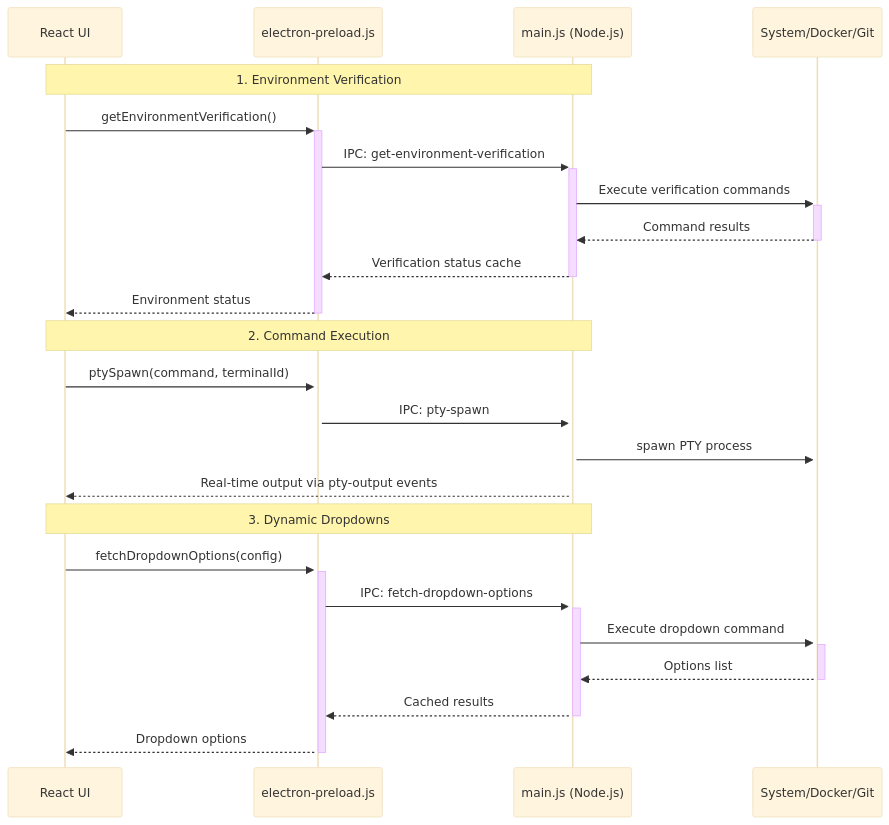
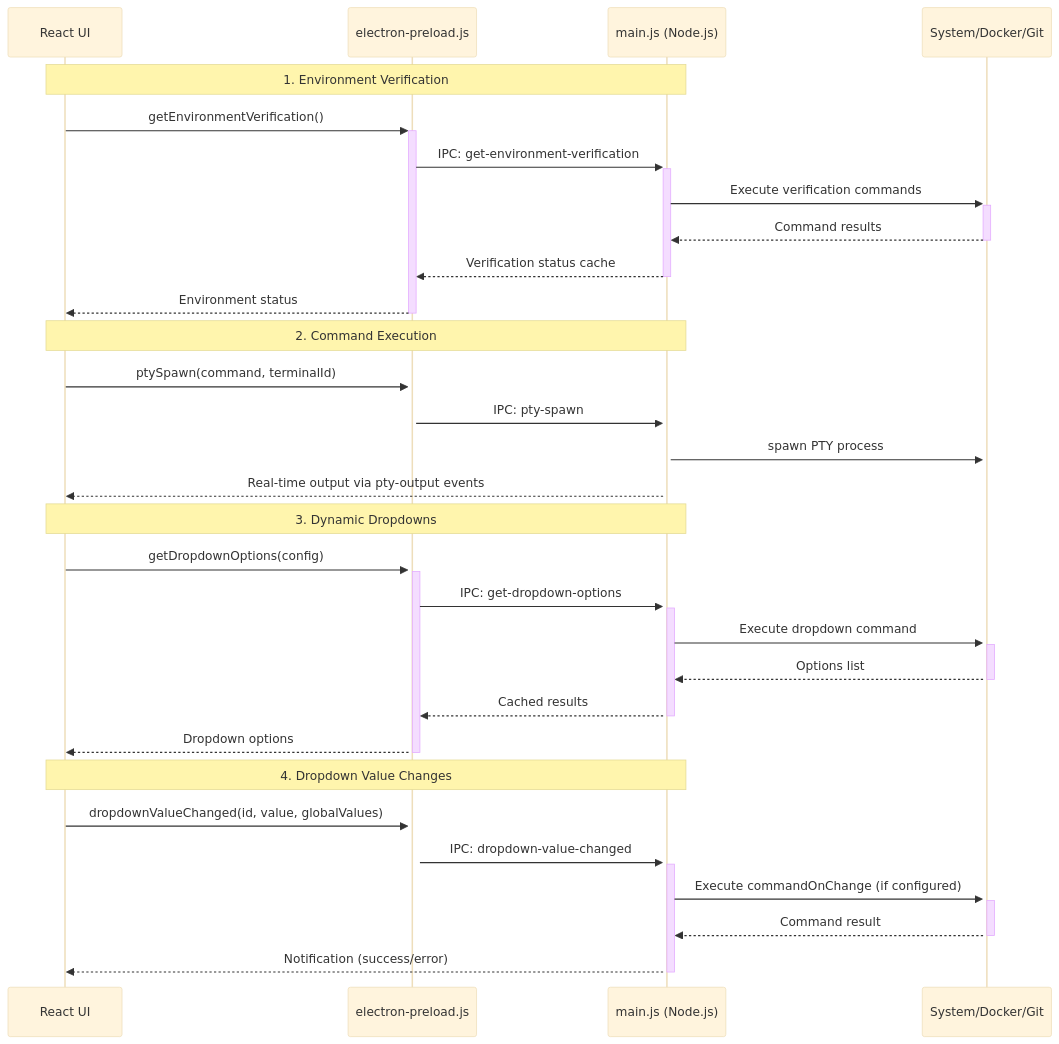
The third of 11 diagrams in docs/architecture.md (sagy101/ProjectName-Manager), drawn with Mermaid (base theme) before and after one commit. The commit also changed other lines of this file and 14 other files, not shown here.

````diff
--- a/docs/architecture.md
+++ b/docs/architecture.md
@@ -257,29 +259,36 @@
 ```mermaid
 sequenceDiagram
     participant UI as React UI
     participant Preload as electron-preload.js
     participant Main as main.js (Node.js)
     participant System as System/Docker/Git
     
     Note over UI,Main: 1. Environment Verification
     UI->>+Preload: getEnvironmentVerification()
     Preload->>+Main: IPC: get-environment-verification
     Main->>+System: Execute verification commands
     System-->>-Main: Command results
     Main-->>-Preload: Verification status cache
     Preload-->>-UI: Environment status
     
     Note over UI,Main: 2. Command Execution
     UI->>+Preload: ptySpawn(command, terminalId)
     Preload->>+Main: IPC: pty-spawn
     Main->>+System: spawn PTY process
     Main-->>UI: Real-time output via pty-output events
     
     Note over UI,Main: 3. Dynamic Dropdowns
-    UI->>+Preload: fetchDropdownOptions(config)
-    Preload->>+Main: IPC: fetch-dropdown-options
+    UI->>+Preload: getDropdownOptions(config)
+    Preload->>+Main: IPC: get-dropdown-options
     Main->>+System: Execute dropdown command
     System-->>-Main: Options list
     Main-->>-Preload: Cached results
     Preload-->>-UI: Dropdown options
+    
+    Note over UI,Main: 4. Dropdown Value Changes
+    UI->>+Preload: dropdownValueChanged(id, value, globalValues)
+    Preload->>+Main: IPC: dropdown-value-changed
+    Main->>+System: Execute commandOnChange (if configured)
+    System-->>-Main: Command result
+    Main-->>-UI: Notification (success/error)
 ```
````
